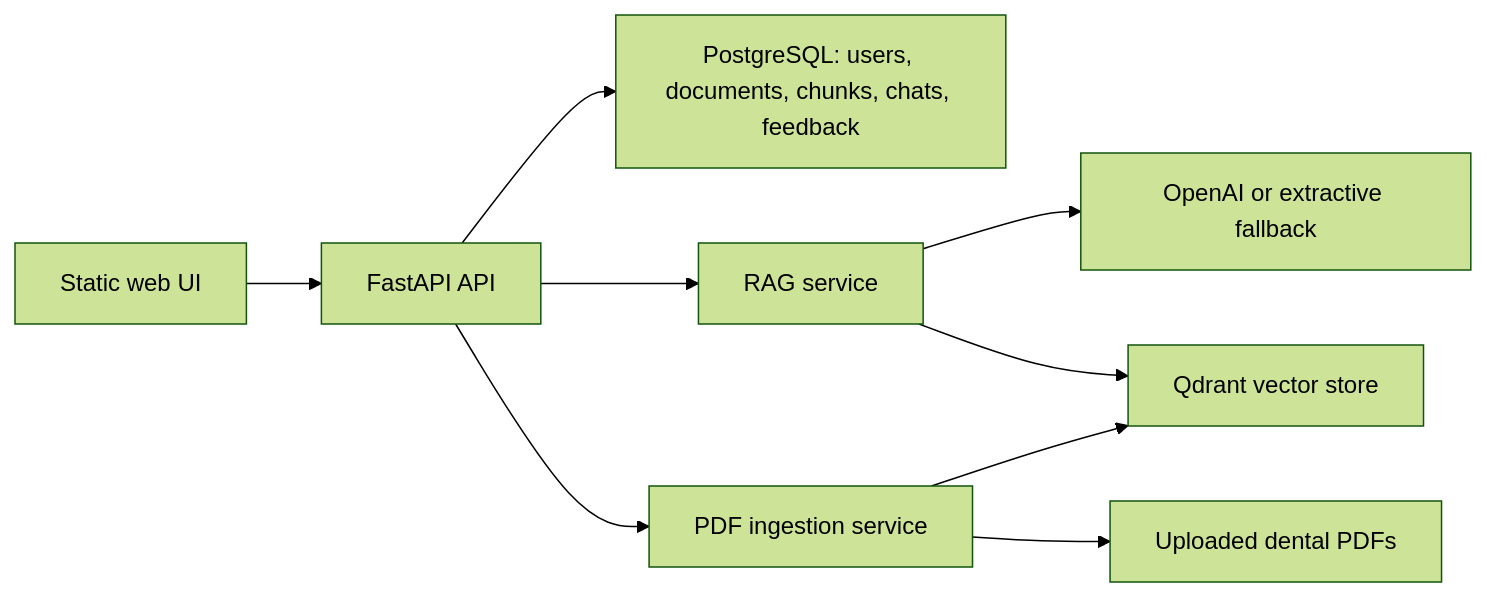
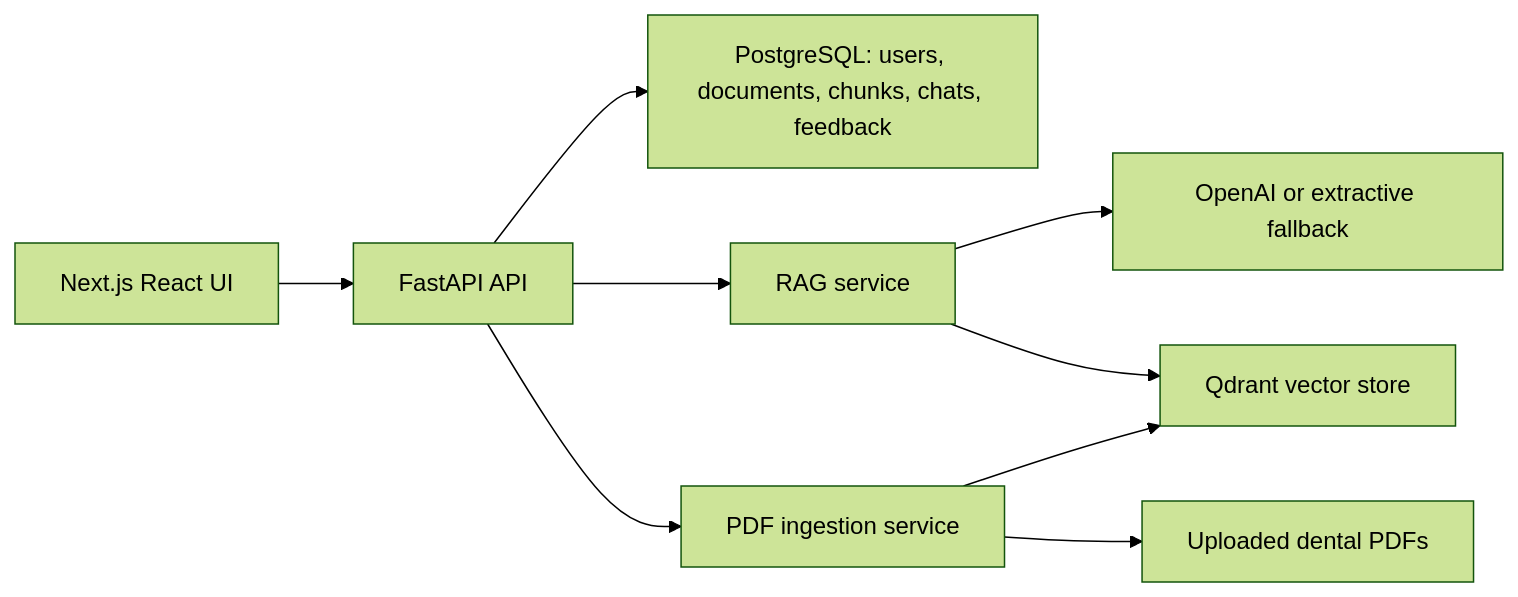
The diagram in README.md (Hamadullah09/Dental_AI_Chatbot), drawn with Mermaid (forest theme) before and after one commit. The commit also changed other lines of this file and 46 other files, not shown here.

Commit message:
Add Next.js frontend and harden local RAG flow

````diff
--- a/README.md
+++ b/README.md
@@ -24,11 +25,11 @@
 ```mermaid
 flowchart LR
-  UI["Static web UI"] --> API["FastAPI API"]
+  UI["Next.js React UI"] --> API["FastAPI API"]
   API --> PG["PostgreSQL: users, documents, chunks, chats, feedback"]
   API --> RAG["RAG service"]
   API --> ING["PDF ingestion service"]
   ING --> PDF["Uploaded dental PDFs"]
   ING --> QD["Qdrant vector store"]
   RAG --> QD
   RAG --> LLM["OpenAI or extractive fallback"]
 ```
````
